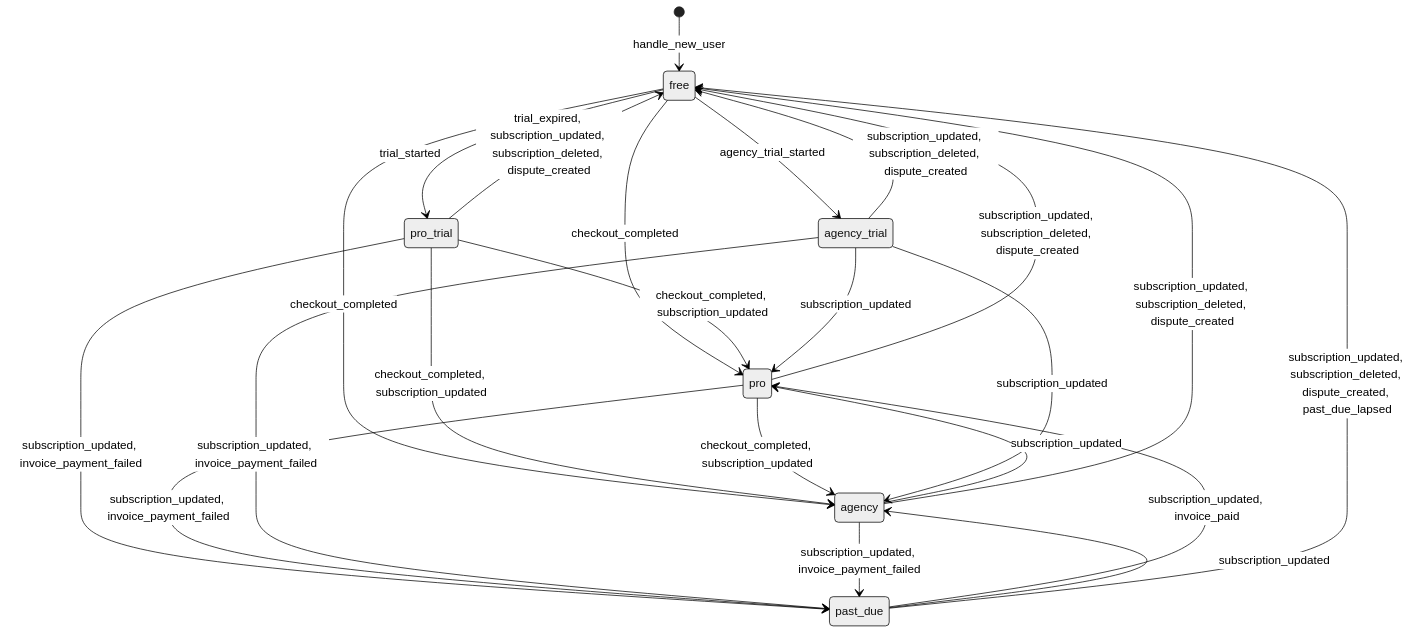
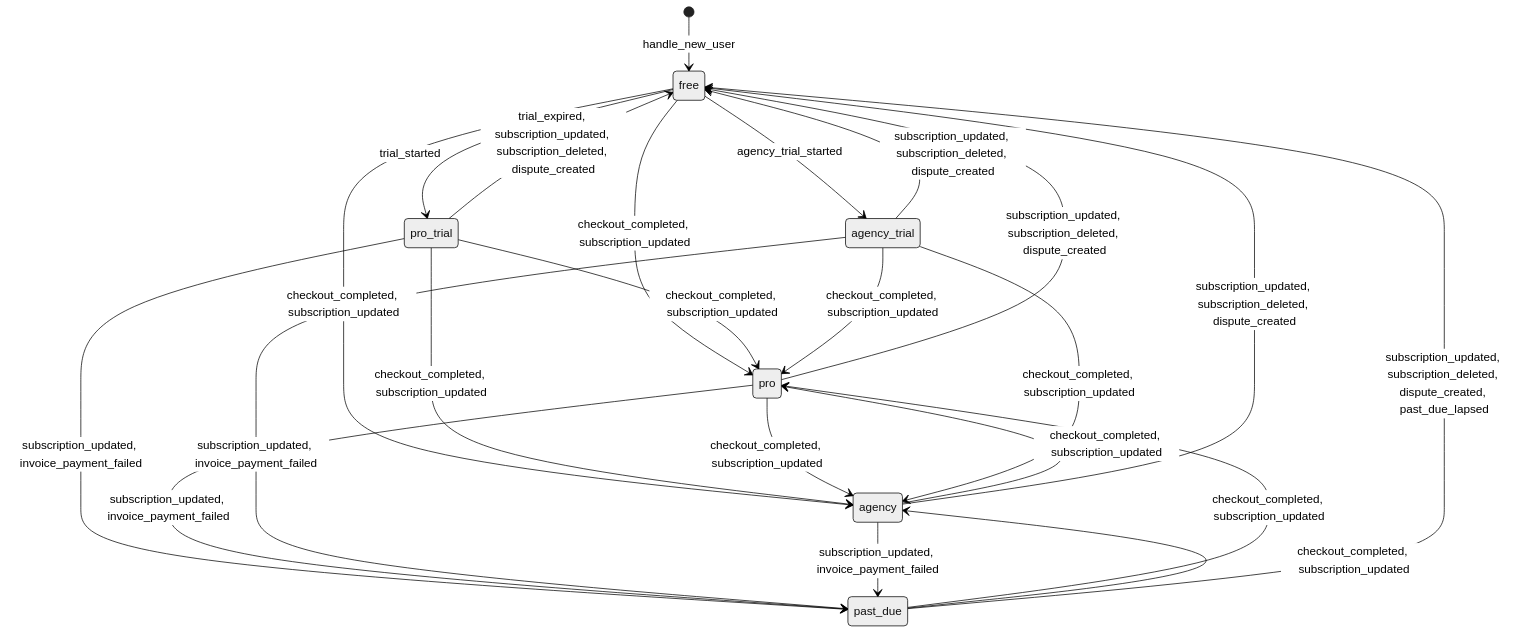
One commit to sikder13/crawlmouse changed the diagram in docs/specs/v2/01-accounts.md. Above: the diagram before and after it, drawn with Mermaid (neutral theme). The commit also changed other lines of this file and 3 other files, not shown here.

````diff
--- a/docs/specs/v2/01-accounts.md
+++ b/docs/specs/v2/01-accounts.md
@@ -281,25 +293,25 @@
 ```mermaid
 stateDiagram-v2
   [*] --> free: handle_new_user
   free --> pro_trial: trial_started
   free --> agency_trial: agency_trial_started
   pro_trial --> free: trial_expired, subscription_updated, subscription_deleted, dispute_created
-  free --> pro: checkout_completed
+  free --> pro: checkout_completed, subscription_updated
   pro_trial --> pro: checkout_completed, subscription_updated
-  free --> agency: checkout_completed
+  agency_trial --> pro: checkout_completed, subscription_updated
+  agency --> pro: checkout_completed, subscription_updated
+  past_due --> pro: checkout_completed, subscription_updated
+  free --> agency: checkout_completed, subscription_updated
   pro_trial --> agency: checkout_completed, subscription_updated
   pro --> agency: checkout_completed, subscription_updated
-  agency_trial --> pro: subscription_updated
-  agency --> pro: subscription_updated
-  past_due --> pro: subscription_updated, invoice_paid
-  agency_trial --> agency: subscription_updated
-  past_due --> agency: subscription_updated
+  agency_trial --> agency: checkout_completed, subscription_updated
+  past_due --> agency: checkout_completed, subscription_updated
   pro_trial --> past_due: subscription_updated, invoice_payment_failed
   pro --> past_due: subscription_updated, invoice_payment_failed
   agency_trial --> past_due: subscription_updated, invoice_payment_failed
   agency --> past_due: subscription_updated, invoice_payment_failed
   pro --> free: subscription_updated, subscription_deleted, dispute_created
   agency_trial --> free: subscription_updated, subscription_deleted, dispute_created
   agency --> free: subscription_updated, subscription_deleted, dispute_created
   past_due --> free: subscription_updated, subscription_deleted, dispute_created, past_due_lapsed
 ```
````
